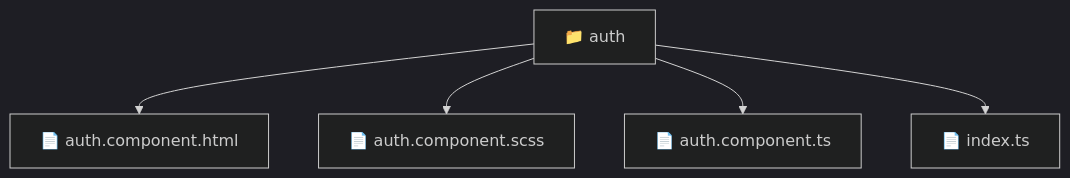
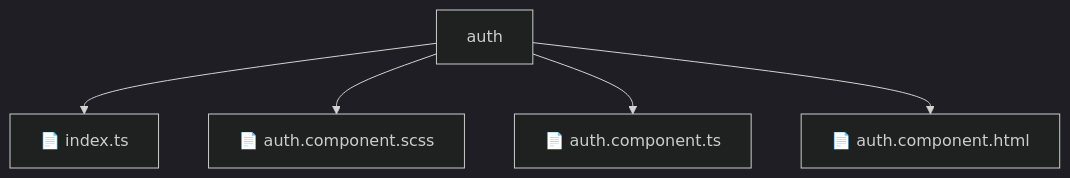
The diagram in frontend/src/pages/auth/README.md (beginwebdev2002/fullstack-mavluda), drawn with Mermaid (dark theme) before and after one commit. The commit also changed other lines of this file and 155 other files, not shown here.

````diff
--- a/frontend/src/pages/auth/README.md
+++ b/frontend/src/pages/auth/README.md
@@ -10,8 +14,8 @@
 ```mermaid
 graph TD
-  Root["📁 auth"]
-  Root --> authcomponenthtml["📄 auth.component.html"]
-  Root --> authcomponentscss["📄 auth.component.scss"]
-  Root --> authcomponentts["📄 auth.component.ts"]
-  Root --> indexts["📄 index.ts"]
+    Root[auth]
+    Root --> F0[📄 index.ts]
+    Root --> F1[📄 auth.component.scss]
+    Root --> F2[📄 auth.component.ts]
+    Root --> F3[📄 auth.component.html]
 ```
````
